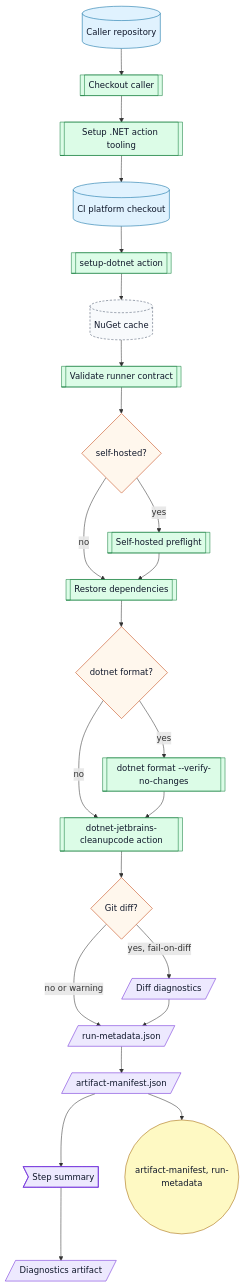
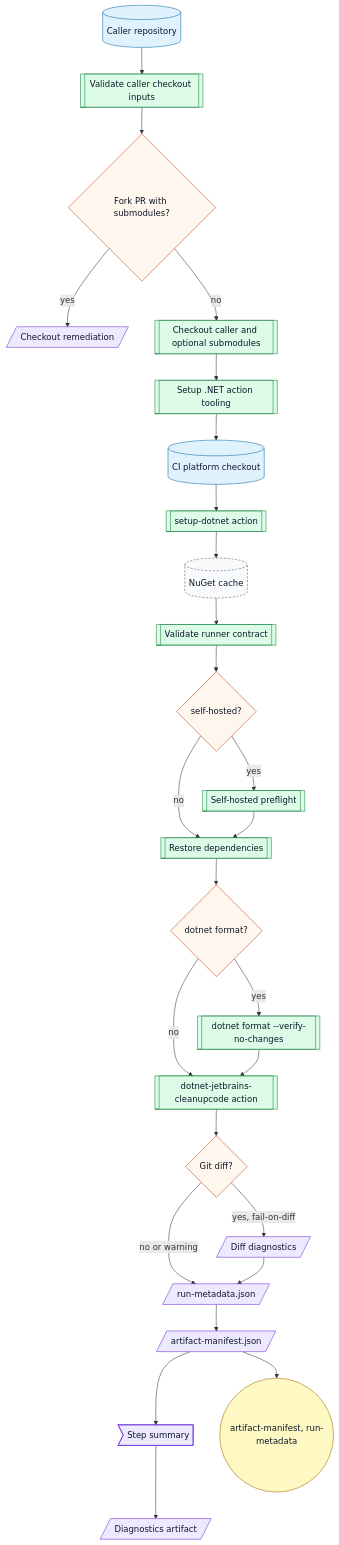
Before and after one commit to ArkanisCorporation/ci: the first of 17 diagrams in docs/workflow-catalog.md, drawn with Mermaid. The commit also changed other lines of this file and 9 other files, not shown here.

````diff
--- a/docs/workflow-catalog.md
+++ b/docs/workflow-catalog.md
@@ -610,37 +643,40 @@
 ```mermaid
 flowchart TD
-  caller[("Caller repository")] --> checkout[[Checkout caller]]
+  caller[("Caller repository")] --> checkoutInput[[Validate caller checkout inputs]]
+  checkoutInput --> fork{Fork PR with submodules?}
+  fork -->|yes| checkoutFailure[/Checkout remediation/]
+  fork -->|no| checkout[[Checkout caller and optional submodules]]
   checkout --> tooling[[Setup .NET action tooling]]
   tooling --> platform[("CI platform checkout")]
   platform --> setup[[setup-dotnet action]]
   setup --> cache[("NuGet cache")]
   cache --> validate[[Validate runner contract]]
   validate --> preflight{self-hosted?}
   preflight -->|yes| sh[[Self-hosted preflight]]
   preflight -->|no| restore[[Restore dependencies]]
   sh --> restore
   restore --> format{dotnet format?}
   format -->|yes| dotnetFormat[[dotnet format --verify-no-changes]]
   format -->|no| cleanup[[dotnet-jetbrains-cleanupcode action]]
   dotnetFormat --> cleanup
   cleanup --> diff{Git diff?}
   diff -->|yes, fail-on-diff| fail[/Diff diagnostics/]
   diff -->|no or warning| metadata[/run-metadata.json/]
   fail --> metadata
   metadata --> manifest[/artifact-manifest.json/]
   manifest --> summary>Step summary]
   summary --> diagnostics[/Diagnostics artifact/]
   manifest --> outputs(("artifact-manifest, run-metadata"))
   classDef repo fill:#e0f2fe,stroke:#0369a1,color:#0f172a
   classDef action fill:#dcfce7,stroke:#15803d,color:#0f172a
   classDef decision fill:#fff7ed,stroke:#c2410c,color:#0f172a
   classDef artifact fill:#ede9fe,stroke:#6d28d9,color:#0f172a
   classDef output fill:#fef9c3,stroke:#a16207,color:#0f172a
   classDef external fill:#f8fafc,stroke:#475569,stroke-dasharray: 4 3,color:#0f172a
   class caller,platform repo
-  class checkout,tooling,setup,validate,sh,restore,dotnetFormat,cleanup action
-  class preflight,format,diff decision
-  class fail,metadata,manifest,summary,diagnostics artifact
+  class checkoutInput,checkout,tooling,setup,validate,sh,restore,dotnetFormat,cleanup action
+  class fork,preflight,format,diff decision
+  class checkoutFailure,fail,metadata,manifest,summary,diagnostics artifact
   class outputs output
   class cache external
 ```
````
